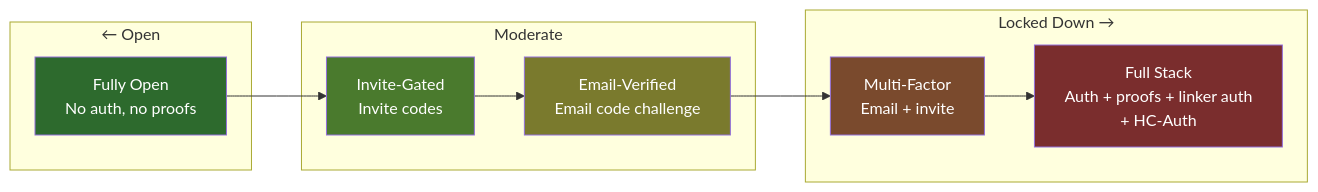
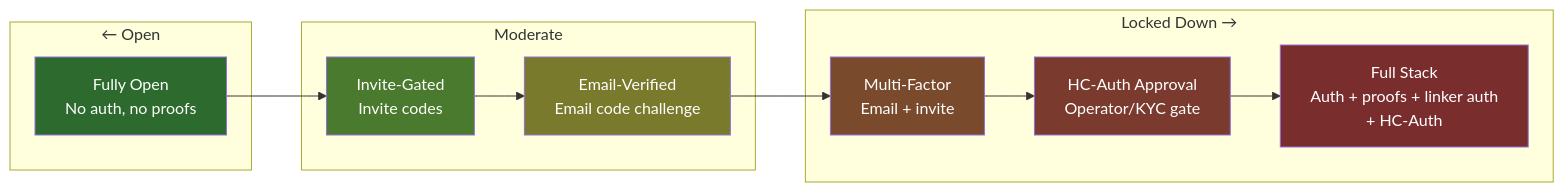
The second of 9 diagrams in ARCHITECTURE.md (unytco/joining-service), drawn with Mermaid before and after one commit. The commit also changed other lines of this file, not shown here.

Commit message:
docs: add hc_auth_approval to architecture diagram and config spectrum

````diff
--- a/ARCHITECTURE.md
+++ b/ARCHITECTURE.md
@@ -60,22 +60,24 @@
 ```mermaid
 graph LR
     subgraph "← Open"
         A["Fully Open<br/>No auth, no proofs"]
     end
     subgraph "Moderate"
         B["Invite-Gated<br/>Invite codes"]
         C["Email-Verified<br/>Email code challenge"]
     end
     subgraph "Locked Down →"
         D["Multi-Factor<br/>Email + invite"]
+        D2["HC-Auth Approval<br/>Operator/KYC gate"]
         E["Full Stack<br/>Auth + proofs + linker auth<br/>+ HC-Auth"]
     end
 
-    A --> B --> C --> D --> E
+    A --> B --> C --> D --> D2 --> E
 
     style A fill:#2d6a2d,color:#fff
     style B fill:#4a7a2d,color:#fff
     style C fill:#7a7a2d,color:#fff
     style D fill:#7a4a2d,color:#fff
+    style D2 fill:#7a3a2d,color:#fff
     style E fill:#7a2d2d,color:#fff
 ```
````
